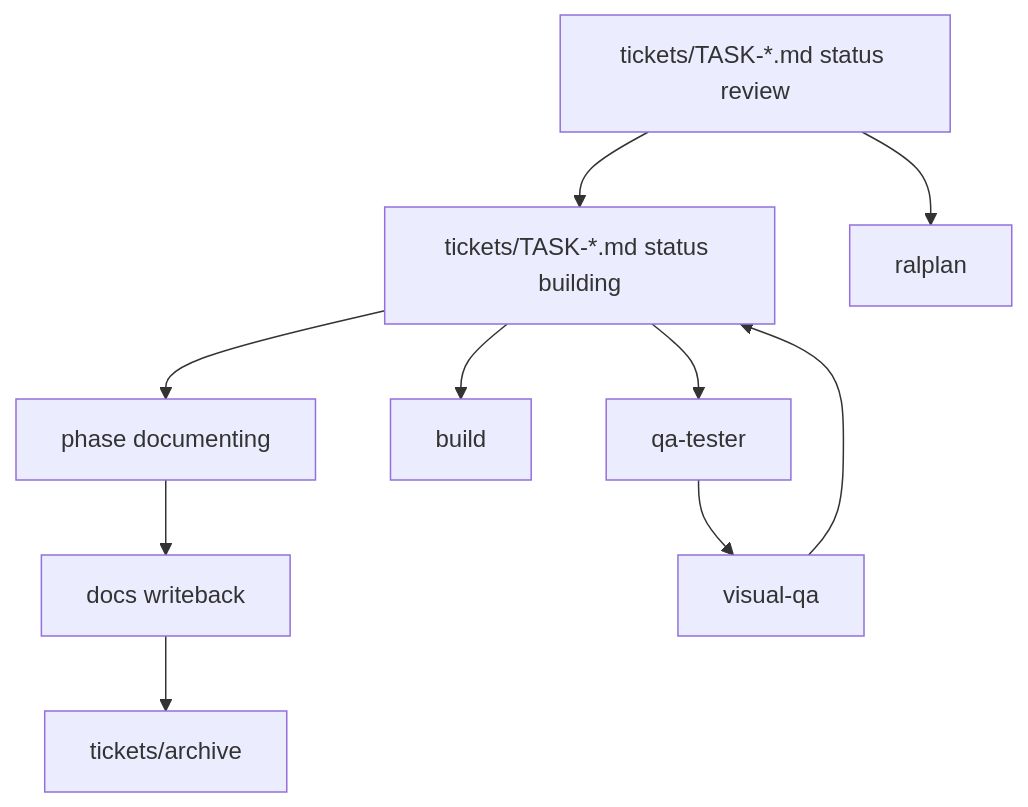
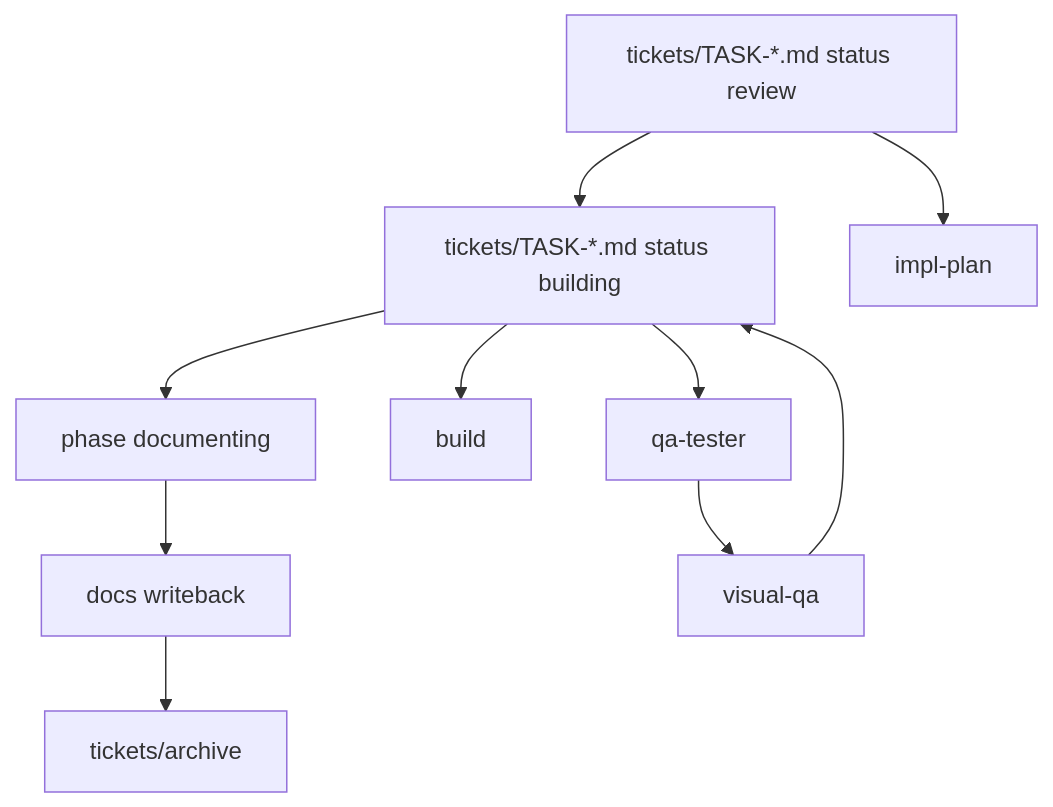
One commit to ZanarkandTechnologies/Farplane changed the diagram in AGENTS.md. Above: the diagram before and after it, drawn with Mermaid. The commit also changed other lines of this file and 35 other files, not shown here.

Commit message:
feat(planning): collapse planner surfaces into impl-plan

````diff
--- a/AGENTS.md
+++ b/AGENTS.md
@@ -14,12 +14,12 @@
 ```mermaid
 flowchart TD
     A[tickets/TASK-*.md status review] --> B[tickets/TASK-*.md status building]
     B --> C[phase documenting]
     C --> D[docs writeback]
     D --> E[tickets/archive]
-    A --> F[ralplan]
+    A --> F[impl-plan]
     B --> G[build]
     B --> H[qa-tester]
     H --> I[visual-qa]
     I --> B
 ```
````
